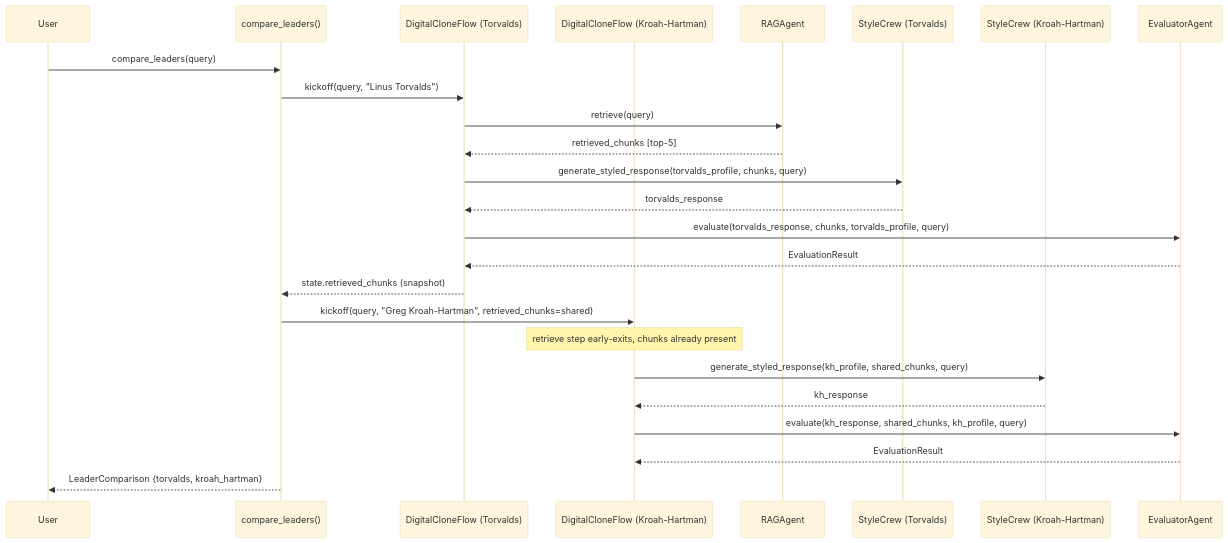
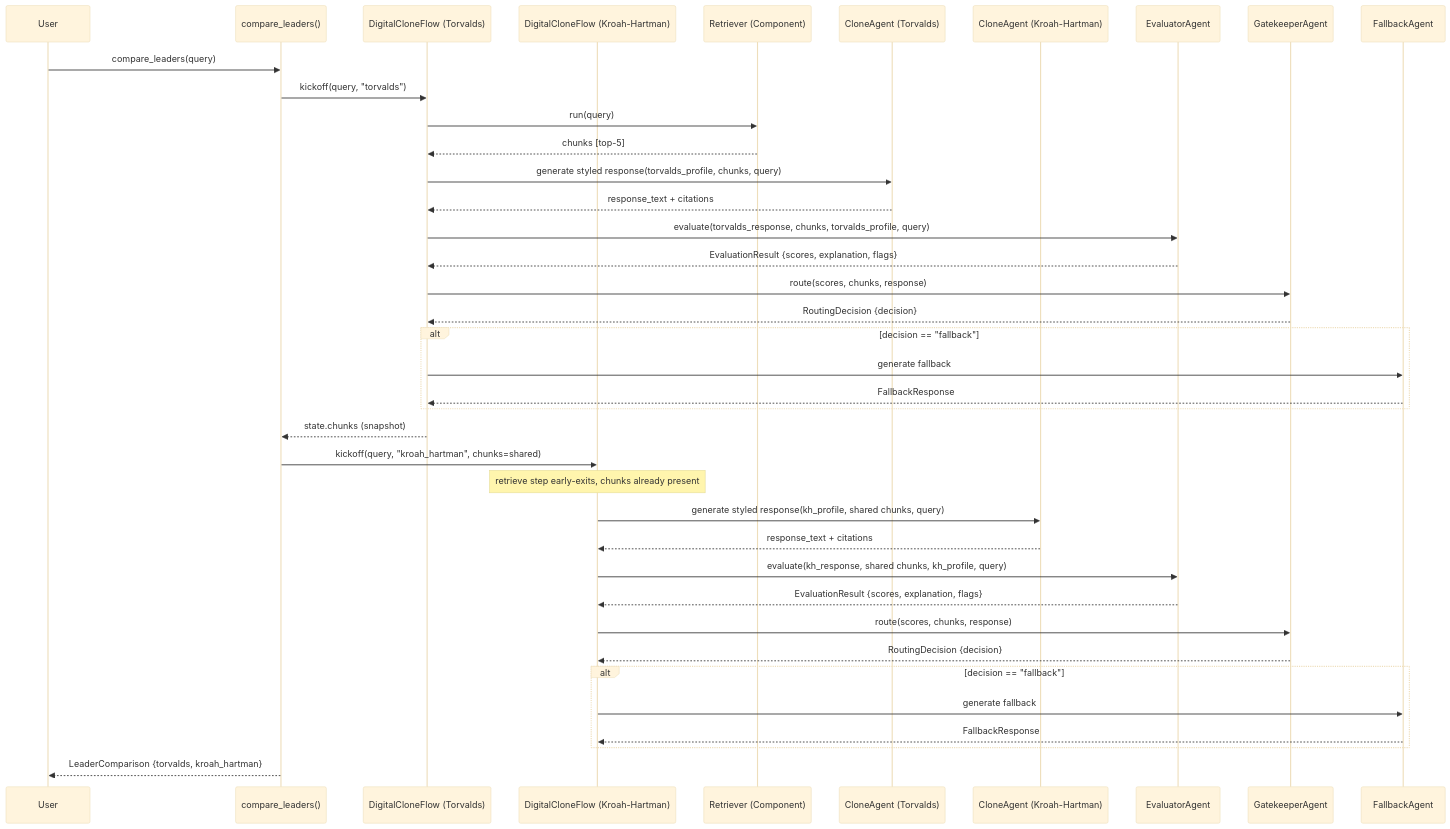
The second of 2 diagrams in docs/adr/ADR-005-shared-rag-dual-leader-mode.md (rubsj/ai-digital-clone), drawn with Mermaid (base theme) before and after one commit. The commit also changed other lines of this file and 6 other files, not shown here.

````diff
--- a/docs/adr/ADR-005-shared-rag-dual-leader-mode.md
+++ b/docs/adr/ADR-005-shared-rag-dual-leader-mode.md
@@ -77,28 +85,42 @@
 ```mermaid
 sequenceDiagram
     participant U as User
-    participant C as compare_leaders()
+    participant W as compare_leaders()
     participant F1 as DigitalCloneFlow (Torvalds)
     participant F2 as DigitalCloneFlow (Kroah-Hartman)
-    participant R as RAGAgent
-    participant S1 as StyleCrew (Torvalds)
-    participant S2 as StyleCrew (Kroah-Hartman)
+    participant R as Retriever (Component)
+    participant C1 as CloneAgent (Torvalds)
+    participant C2 as CloneAgent (Kroah-Hartman)
     participant E as EvaluatorAgent
+    participant G as GatekeeperAgent
+    participant FB as FallbackAgent
 
-    U->>C: compare_leaders(query)
-    C->>F1: kickoff(query, "Linus Torvalds")
-    F1->>R: retrieve(query)
-    R-->>F1: retrieved_chunks [top-5]
-    F1->>S1: generate_styled_response(torvalds_profile, chunks, query)
-    S1-->>F1: torvalds_response
+    U->>W: compare_leaders(query)
+    W->>F1: kickoff(query, "torvalds")
+    F1->>R: run(query)
+    R-->>F1: chunks [top-5]
+    F1->>C1: generate styled response(torvalds_profile, chunks, query)
+    C1-->>F1: response_text + citations
     F1->>E: evaluate(torvalds_response, chunks, torvalds_profile, query)
-    E-->>F1: EvaluationResult
-    F1-->>C: state.retrieved_chunks (snapshot)
-    C->>F2: kickoff(query, "Greg Kroah-Hartman", retrieved_chunks=shared)
+    E-->>F1: EvaluationResult {scores, explanation, flags}
+    F1->>G: route(scores, chunks, response)
+    G-->>F1: RoutingDecision {decision}
+    alt decision == "fallback"
+        F1->>FB: generate fallback
+        FB-->>F1: FallbackResponse
+    end
+    F1-->>W: state.chunks (snapshot)
+    W->>F2: kickoff(query, "kroah_hartman", chunks=shared)
     Note over F2: retrieve step early-exits, chunks already present
-    F2->>S2: generate_styled_response(kh_profile, shared_chunks, query)
-    S2-->>F2: kh_response
-    F2->>E: evaluate(kh_response, shared_chunks, kh_profile, query)
-    E-->>F2: EvaluationResult
-    C-->>U: LeaderComparison {torvalds, kroah_hartman}
+    F2->>C2: generate styled response(kh_profile, shared chunks, query)
+    C2-->>F2: response_text + citations
+    F2->>E: evaluate(kh_response, shared chunks, kh_profile, query)
+    E-->>F2: EvaluationResult {scores, explanation, flags}
+    F2->>G: route(scores, chunks, response)
+    G-->>F2: RoutingDecision {decision}
+    alt decision == "fallback"
+        F2->>FB: generate fallback
+        FB-->>F2: FallbackResponse
+    end
+    W-->>U: LeaderComparison {torvalds, kroah_hartman}
 ```
````
